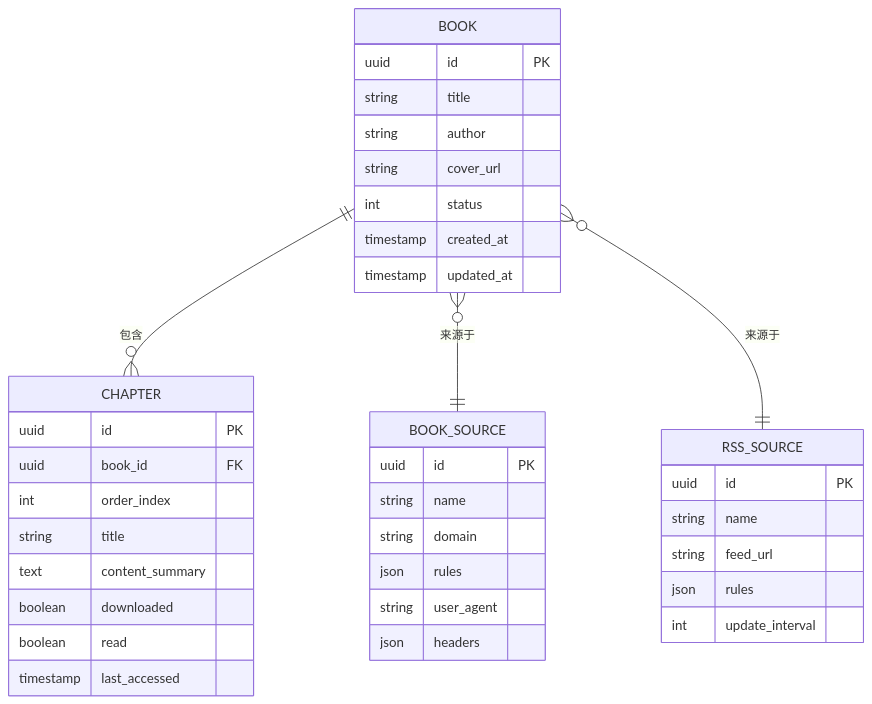
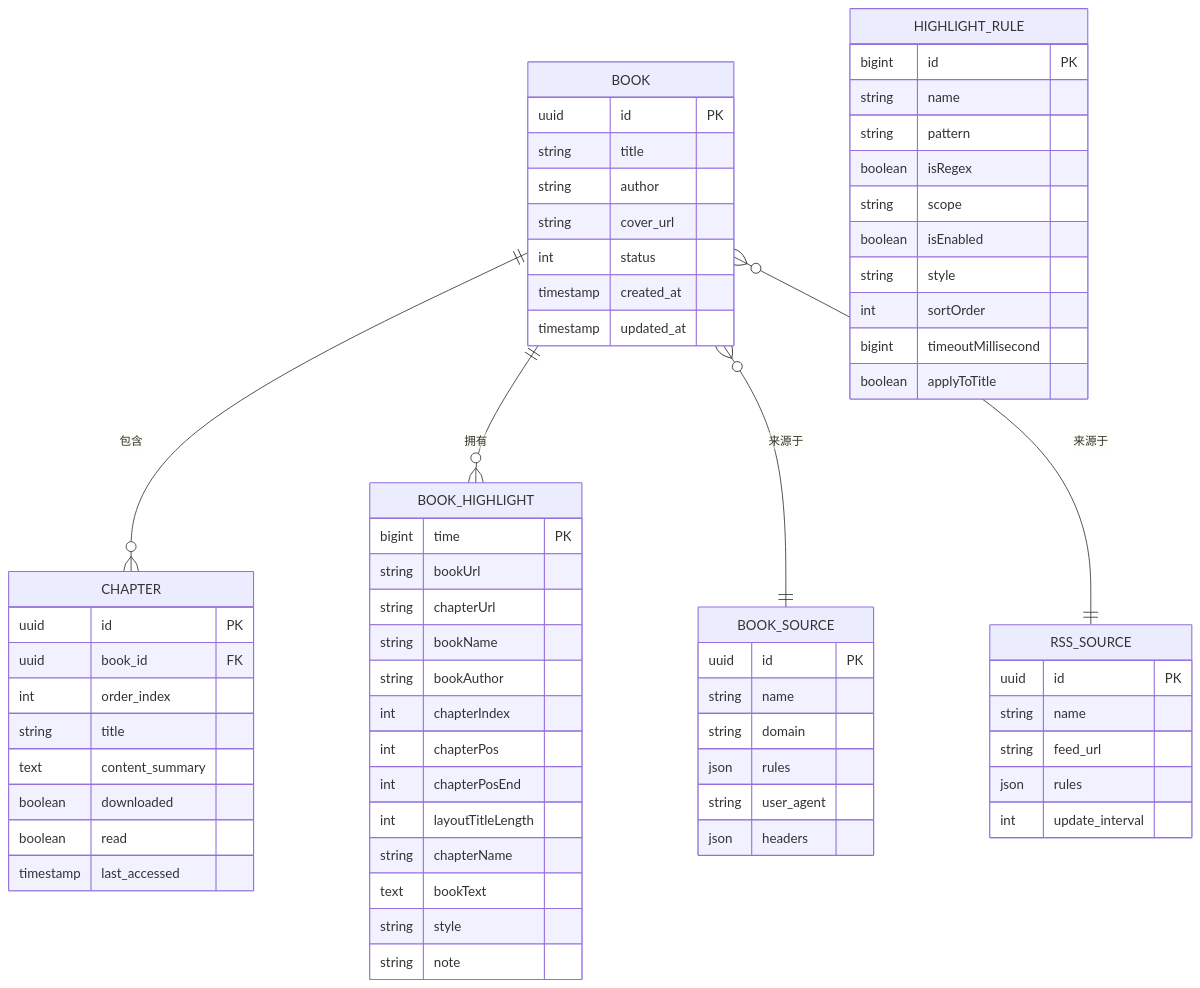
Before and after one commit to ZhangGHGitHub/LegadoTeamFlutter: the third of 5 diagrams in .qoder/repowiki/zh/content/Rust核心库/数据模型设计/数据模型设计.md, drawn with Mermaid. The commit also changed other lines of this file and 173 other files, not shown here.

````diff
--- a/.qoder/repowiki/zh/content/Rust核心库/数据模型设计/数据模型设计.md
+++ b/.qoder/repowiki/zh/content/Rust核心库/数据模型设计/数据模型设计.md
@@ -156,40 +185,68 @@
 ```mermaid
 erDiagram
 BOOK {
 uuid id PK
 string title
 string author
 string cover_url
 int status
 timestamp created_at
 timestamp updated_at
 }
 CHAPTER {
 uuid id PK
 uuid book_id FK
 int order_index
 string title
 text content_summary
 boolean downloaded
 boolean read
 timestamp last_accessed
 }
 BOOK_SOURCE {
 uuid id PK
 string name
 string domain
 json rules
 string user_agent
 json headers
 }
 RSS_SOURCE {
 uuid id PK
 string name
 string feed_url
 json rules
 int update_interval
 }
+BOOK_HIGHLIGHT {
+bigint time PK
+string bookUrl
+string chapterUrl
+string bookName
+string bookAuthor
+int chapterIndex
+int chapterPos
+int chapterPosEnd
+int layoutTitleLength
+string chapterName
+text bookText
+string style
+string note
+}
+HIGHLIGHT_RULE {
+bigint id PK
+string name
+string pattern
+boolean isRegex
+string scope
+boolean isEnabled
+string style
+int sortOrder
+bigint timeoutMillisecond
+boolean applyToTitle
+}
 BOOK ||--o{ CHAPTER : "包含"
+BOOK ||--o{ BOOK_HIGHLIGHT : "拥有"
 BOOK }o--|| BOOK_SOURCE : "来源于"
 BOOK }o--|| RSS_SOURCE : "来源于"
 ```
````
